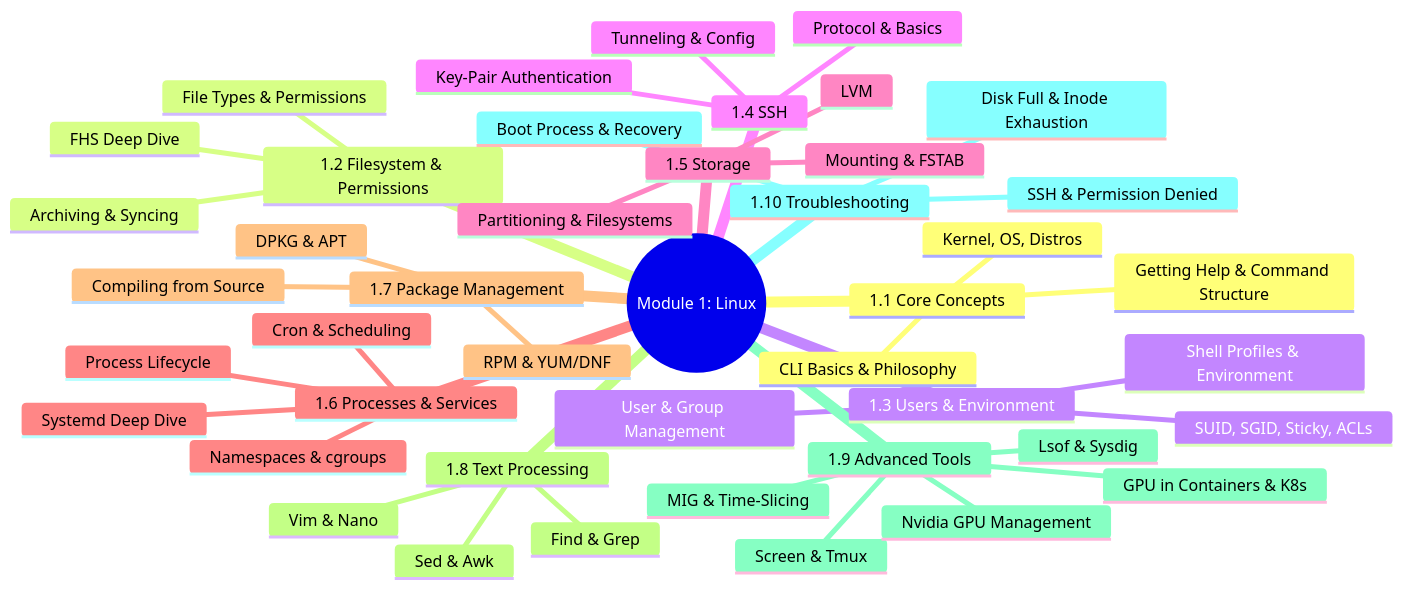
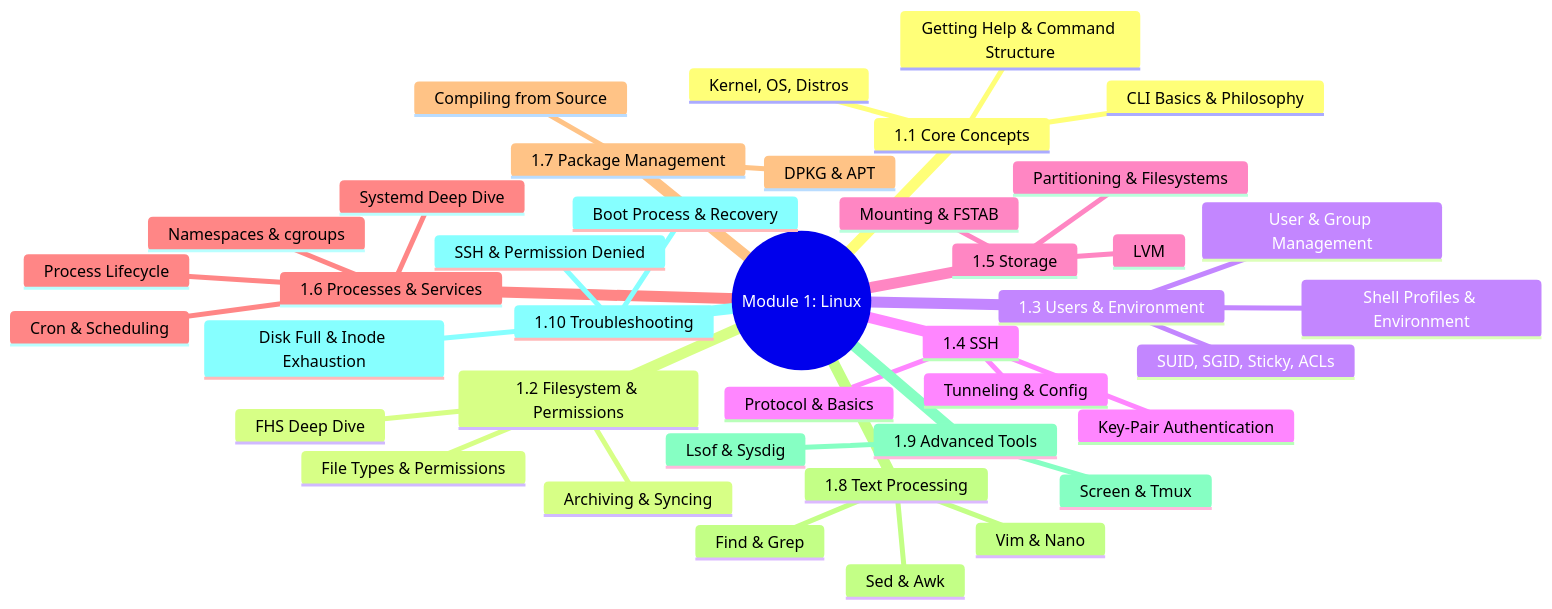
One commit to VidhyadharanSS/PlatformEngineeringNotes changed the first of 3 diagrams in 1-Linux/Module_1_Approach_Guide.md. Above: the diagram before and after it, drawn with Mermaid. The commit also changed other lines of this file and 120 other files, not shown here.

````diff
--- a/1-Linux/Module_1_Approach_Guide.md
+++ b/1-Linux/Module_1_Approach_Guide.md
@@ -5,47 +5,43 @@
 ```mermaid
 mindmap
   root((Module 1: Linux))
     1.1 Core Concepts
       Kernel, OS, Distros
       CLI Basics & Philosophy
       Getting Help & Command Structure
     1.2 Filesystem & Permissions
       FHS Deep Dive
       File Types & Permissions
       Archiving & Syncing
     1.3 Users & Environment
       User & Group Management
       Shell Profiles & Environment
       SUID, SGID, Sticky, ACLs
     1.4 SSH
       Protocol & Basics
       Key-Pair Authentication
       Tunneling & Config
     1.5 Storage
       Partitioning & Filesystems
       Mounting & FSTAB
       LVM
     1.6 Processes & Services
       Process Lifecycle
       Namespaces & cgroups
       Systemd Deep Dive
       Cron & Scheduling
     1.7 Package Management
-      RPM & YUM/DNF
       DPKG & APT
       Compiling from Source
     1.8 Text Processing
       Find & Grep
       Sed & Awk
       Vim & Nano
     1.9 Advanced Tools
       Screen & Tmux
       Lsof & Sysdig
-      Nvidia GPU Management
-      GPU in Containers & K8s
-      MIG & Time-Slicing
     1.10 Troubleshooting
       Boot Process & Recovery
       Disk Full & Inode Exhaustion
       SSH & Permission Denied
 ```
````
